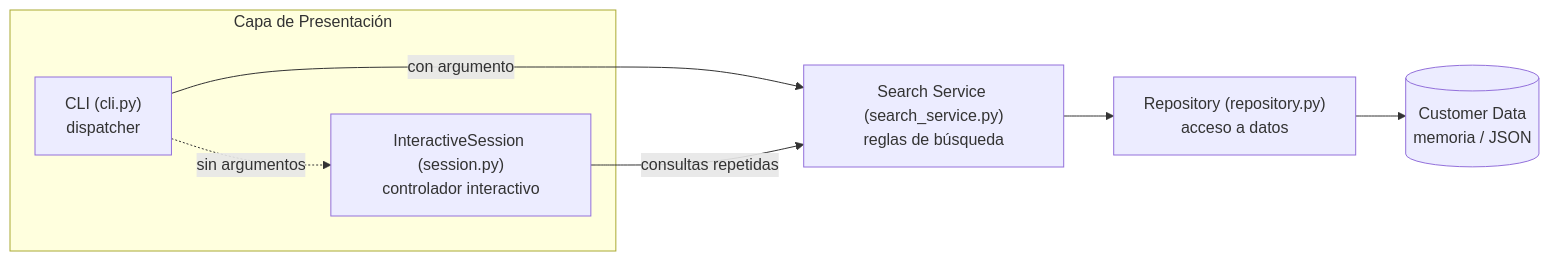
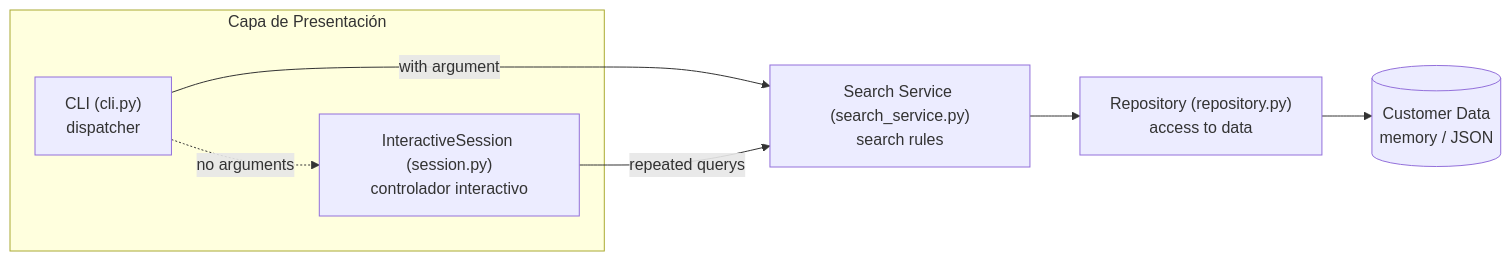
One commit to JoseMurc/ada-05-spec-driven-feature changed the diagram in ARCHITECTURE.md. Above: the diagram before and after it, drawn with Mermaid. The commit also changed other lines of this file and 3 other files, not shown here.

````diff
--- a/ARCHITECTURE.md
+++ b/ARCHITECTURE.md
@@ -6,12 +6,12 @@
 ```mermaid
 flowchart LR
     subgraph Presentation["Capa de Presentación"]
         A["CLI (cli.py)<br/>dispatcher"]
         S["InteractiveSession (session.py)<br/>controlador interactivo"]
-        A -. sin argumentos .-> S
+        A -. no arguments .-> S
     end
-    A -->|con argumento| B["Search Service (search_service.py)<br/>reglas de búsqueda"]
-    S -->|consultas repetidas| B
-    B --> C["Repository (repository.py)<br/>acceso a datos"]
-    C --> D[("Customer Data<br/>memoria / JSON")]
+    A -->|with argument| B["Search Service (search_service.py)<br/>search rules"]
+    S -->|repeated querys| B
+    B --> C["Repository (repository.py)<br/>access to data"]
+    C --> D[("Customer Data<br/>memory / JSON")]
 ```
````
